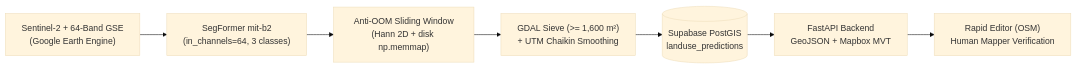
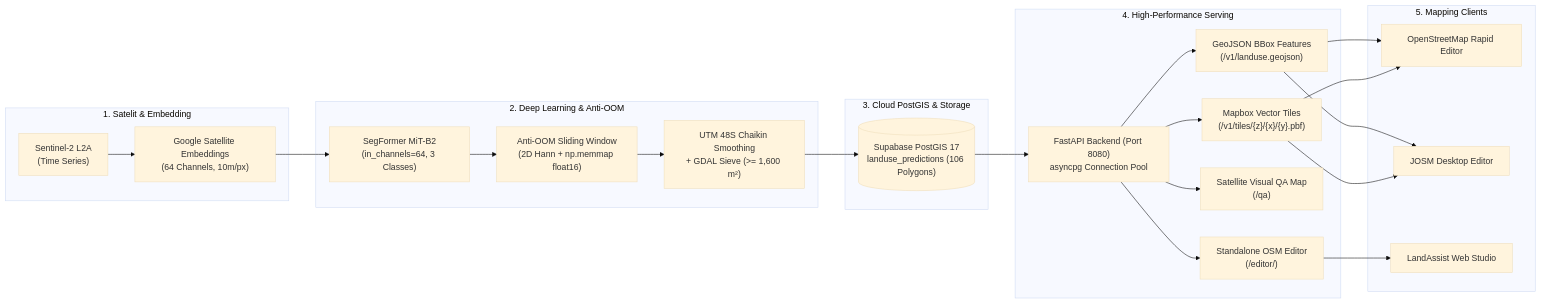
The diagram in README.md (Anovvy/LandAssist), drawn with Mermaid (base theme) before and after one commit. The commit also changed other lines of this file and 3 other files, not shown here.

Commit message:
docs(readme): add official project logo hero banner and synchronize end-to-end architecture documentation

````diff
--- a/README.md
+++ b/README.md
@@ -22,9 +33,30 @@
 ```mermaid
 flowchart LR
-    A["Sentinel-2 + 64-Band GSE\n(Google Earth Engine)"] --> B["SegFormer mit-b2\n(in_channels=64, 3 classes)"]
-    B --> C["Anti-OOM Sliding Window\n(Hann 2D + disk np.memmap)"]
-    C --> D["GDAL Sieve (>= 1,600 m²)\n+ UTM Chaikin Smoothing"]
-    D --> E[("Supabase PostGIS\nlanduse_predictions")]
-    E --> F["FastAPI Backend\nGeoJSON + Mapbox MVT"]
-    F --> G["Rapid Editor (OSM)\nHuman Mapper Verification"]
+    subgraph Data["1. Satelit & Embedding"]
+        S2["Sentinel-2 L2A\n(Time Series)"] --> GSE["Google Satellite Embeddings\n(64 Channels, 10m/px)"]
+    end
+
+    subgraph ML["2. Deep Learning & Anti-OOM"]
+        GSE --> Seg["SegFormer MiT-B2\n(in_channels=64, 3 Classes)"]
+        Seg --> Hann["Anti-OOM Sliding Window\n(2D Hann + np.memmap float16)"]
+        Hann --> Smooth["UTM 48S Chaikin Smoothing\n+ GDAL Sieve (>= 1,600 m²)"]
+    end
+
+    subgraph DB["3. Cloud PostGIS & Storage"]
+        Smooth --> Supa[("Supabase PostGIS 17\nlanduse_predictions (106 Polygons)")]
+    end
+
+    subgraph API["4. High-Performance Serving"]
+        Supa --> Fast["FastAPI Backend (Port 8080)\nasyncpg Connection Pool"]
+        Fast --> MVT["Mapbox Vector Tiles\n(/v1/tiles/{z}/{x}/{y}.pbf)"]
+        Fast --> Geo["GeoJSON BBox Features\n(/v1/landuse.geojson)"]
+        Fast --> QA["Satellite Visual QA Map\n(/qa)"]
+        Fast --> Edit["Standalone OSM Editor\n(/editor/)"]
+    end
+
+    subgraph Client["5. Mapping Clients"]
+        Geo & MVT --> Rapid["OpenStreetMap Rapid Editor"]
+        Geo & MVT --> JOSM["JOSM Desktop Editor"]
+        Edit --> Studio["LandAssist Web Studio"]
+    end
 ```
````
